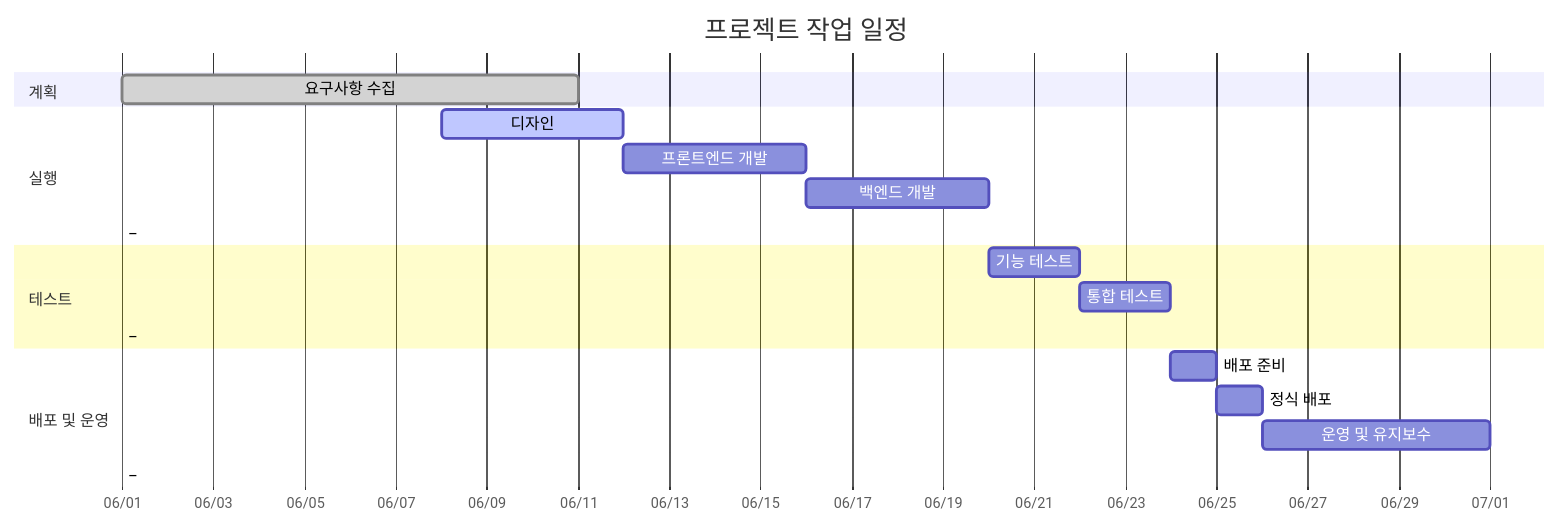
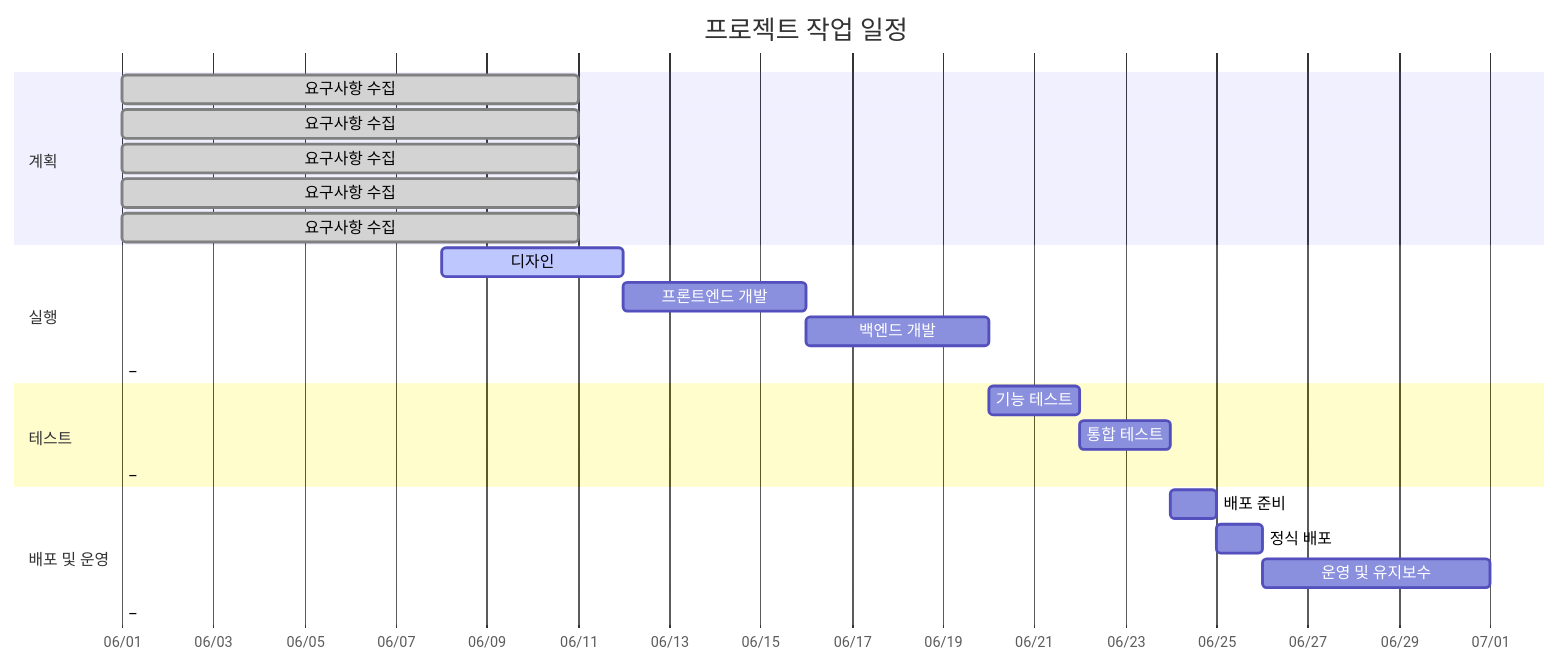
The diagram in README.md (RAILWAY-2025/RAILWAY_FRONT), drawn with Mermaid before and after one commit.

````diff
--- a/README.md
+++ b/README.md
@@ -5,28 +5,31 @@
 ```mermaid
 gantt
 title 프로젝트 작업 일정
 dateFormat YYYY-MM-DD
 axisFormat %m/%d
 %% 화면에 꽉 차 보이도록 섹션을 충분히 배치
 
 section 계획
 요구사항 수집       :done,    a1, 2025-06-01, 10d
-
+요구사항 수집       :done,    a1, 2025-06-01, 10d
+요구사항 수집       :done,    a1, 2025-06-01, 10d
+요구사항 수집       :done,    a1, 2025-06-01, 10d
+요구사항 수집       :done,    a1, 2025-06-01, 10d
 
 section 실행
 디자인              :active,  a3, 2025-06-08, 4d
 프론트엔드 개발       :         a4, 2025-06-12, 4d
 백엔드 개발          :         a5, 2025-06-16, 4d
  _           :done,    dummy2, 2025-06-01, 0d
 
 section 테스트
 기능 테스트          :         a6, 2025-06-20, 2d
 통합 테스트          :         a7, 2025-06-22, 2d
 _            :done,    dummy3, 2025-06-01, 0d
 
 section 배포 및 운영
 배포 준비            :         a8, 2025-06-24, 1d
 정식 배포            :         a9, 2025-06-25, 1d
 운영 및 유지보수     :         a10, 2025-06-26, 5d
  _          :done,    dummy4, 2025-06-01, 0d
 ```
````
